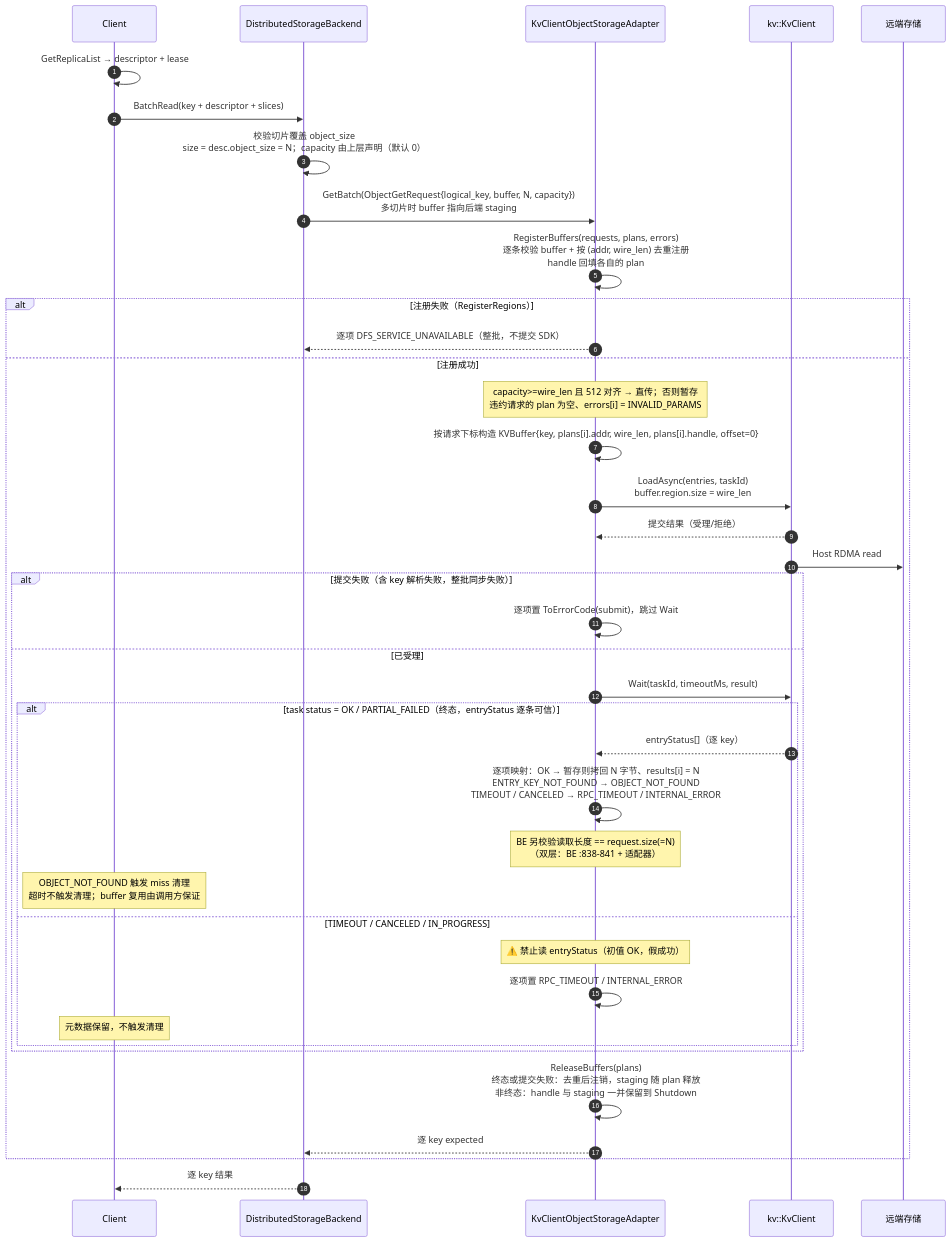
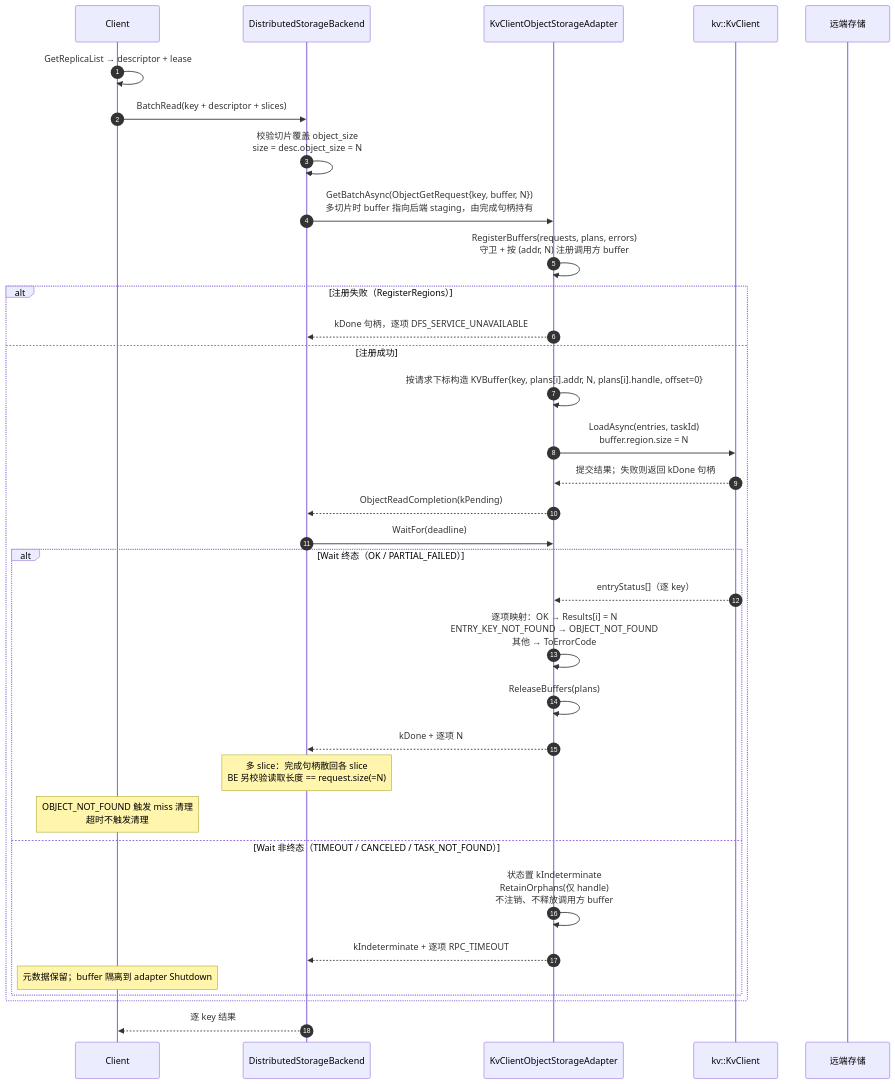
Before and after one commit to zwj20000328-dotcom/Mooncake-documents: the tenth of 13 diagrams in Mooncake + KVClient L3 接入（Kvcs）- v3.md, drawn with Mermaid. The commit also changed other lines of this file and 3 other files, not shown here.

````diff
--- a/Mooncake + KVClient L3 接入（Kvcs）- v3.md
+++ b/Mooncake + KVClient L3 接入（Kvcs）- v3.md
@@ -643,42 +644,37 @@
 ```mermaid
 sequenceDiagram
     autonumber
     participant C as Client
     participant BE as DistributedStorageBackend
     participant AD as KvClientObjectStorageAdapter
     participant SDK as kv::KvClient
     participant S as 远端存储
 
     C->>C: GetReplicaList → descriptor + lease
     C->>BE: BatchRead(key + descriptor + slices)
-    BE->>BE: 校验切片覆盖 object_size<br/>size = desc.object_size = N；capacity 由上层声明（默认 0）
-    BE->>AD: GetBatch(ObjectGetRequest{logical_key, buffer, N, capacity})<br/>多切片时 buffer 指向后端 staging
-    AD->>AD: RegisterBuffers(requests, plans, errors)<br/>逐条校验 buffer + 按 (addr, wire_len) 去重注册<br/>handle 回填各自的 plan
+    BE->>BE: 校验切片覆盖 object_size<br/>size = desc.object_size = N
+    BE->>AD: GetBatchAsync(ObjectGetRequest{key, buffer, N})<br/>多切片时 buffer 指向后端 staging，由完成句柄持有
+    AD->>AD: RegisterBuffers(requests, plans, errors)<br/>守卫 + 按 (addr, N) 注册调用方 buffer
     alt 注册失败（RegisterRegions）
-        AD-->>BE: 逐项 DFS_SERVICE_UNAVAILABLE（整批，不提交 SDK）
+        AD-->>BE: kDone 句柄，逐项 DFS_SERVICE_UNAVAILABLE
     else 注册成功
-        Note over AD: capacity>=wire_len 且 512 对齐 → 直传；否则暂存<br/>违约请求的 plan 为空、errors[i] = INVALID_PARAMS
-        AD->>AD: 按请求下标构造 KVBuffer{key, plans[i].addr, wire_len, plans[i].handle, offset=0}
-        AD->>SDK: LoadAsync(entries, taskId)<br/>buffer.region.size = wire_len
-        SDK-->>AD: 提交结果（受理/拒绝）
-        SDK->>S: Host RDMA read
-        alt 提交失败（含 key 解析失败，整批同步失败）
-            AD->>AD: 逐项置 ToErrorCode(submit)，跳过 Wait
-        else 已受理
-            AD->>SDK: Wait(taskId, timeoutMs, result)
-            alt task status = OK / PARTIAL_FAILED（终态，entryStatus 逐条可信）
-                SDK-->>AD: entryStatus[]（逐 key）
-                AD->>AD: 逐项映射：OK → 暂存则拷回 N 字节、results[i] = N<br/>ENTRY_KEY_NOT_FOUND → OBJECT_NOT_FOUND<br/>TIMEOUT / CANCELED → RPC_TIMEOUT / INTERNAL_ERROR
-                Note over AD: BE 另校验读取长度 == request.size(=N)<br/>（双层：BE :838-841 + 适配器）
-                Note over C: OBJECT_NOT_FOUND 触发 miss 清理<br/>超时不触发清理；buffer 复用由调用方保证
-            else TIMEOUT / CANCELED / IN_PROGRESS
-                Note over AD: ⚠️ 禁止读 entryStatus（初值 OK，假成功）
-                AD->>AD: 逐项置 RPC_TIMEOUT / INTERNAL_ERROR
-                Note over C: 元数据保留，不触发清理
-            end
+        AD->>AD: 按请求下标构造 KVBuffer{key, plans[i].addr, N, plans[i].handle, offset=0}
+        AD->>SDK: LoadAsync(entries, taskId)<br/>buffer.region.size = N
+        SDK-->>AD: 提交结果；失败则返回 kDone 句柄
+        AD-->>BE: ObjectReadCompletion(kPending)
+        BE->>AD: WaitFor(deadline)
+        alt Wait 终态（OK / PARTIAL_FAILED）
+            SDK-->>AD: entryStatus[]（逐 key）
+            AD->>AD: 逐项映射：OK → Results[i] = N<br/>ENTRY_KEY_NOT_FOUND → OBJECT_NOT_FOUND<br/>其他 → ToErrorCode
+            AD->>AD: ReleaseBuffers(plans)
+            AD-->>BE: kDone + 逐项 N
+            Note over BE: 多 slice：完成句柄散回各 slice<br/>BE 另校验读取长度 == request.size(=N)
+            Note over C: OBJECT_NOT_FOUND 触发 miss 清理<br/>超时不触发清理
+        else Wait 非终态（TIMEOUT / CANCELED / TASK_NOT_FOUND）
+            AD->>AD: 状态置 kIndeterminate<br/>RetainOrphans(仅 handle)<br/>不注销、不释放调用方 buffer
+            AD-->>BE: kIndeterminate + 逐项 RPC_TIMEOUT
+            Note over C: 元数据保留；buffer 隔离到 adapter Shutdown
         end
-        AD->>AD: ReleaseBuffers(plans)<br/>终态或提交失败：去重后注销，staging 随 plan 释放<br/>非终态：handle 与 staging 一并保留到 Shutdown
-        AD-->>BE: 逐 key expected
     end
     BE-->>C: 逐 key 结果
 ```
````
